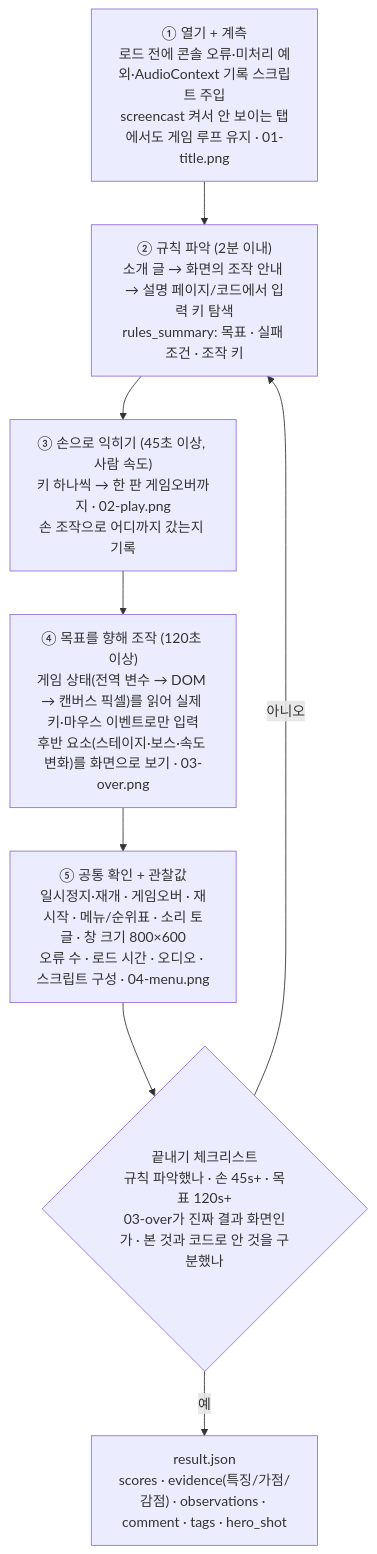
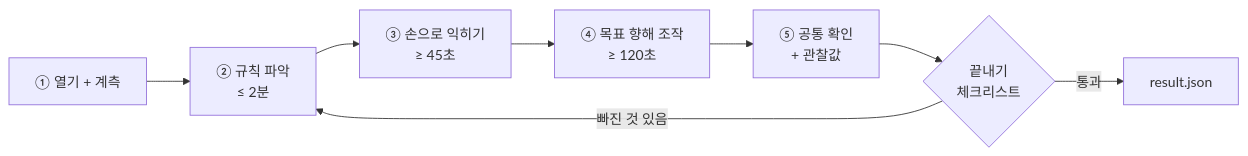
The third of 3 diagrams in 10_ai_judging_multiagent_site/README.md (Azmo-Shin/Public_Portfolio), drawn with Mermaid before and after one commit. The commit also changed other lines of this file, not shown here.

Commit message:
10 심사위원 플레이 절차: 세로로 길던 도식을 가로 흐름 + 단계별 표로 나눔

````diff
--- a/10_ai_judging_multiagent_site/README.md
+++ b/10_ai_judging_multiagent_site/README.md
@@ -96,10 +96,6 @@
 ```mermaid
-flowchart TD
-  A["① 열기 + 계측<br/>로드 전에 콘솔 오류·미처리 예외·AudioContext 기록 스크립트 주입<br/>screencast 켜서 안 보이는 탭에서도 게임 루프 유지 · 01-title.png"] --> B["② 규칙 파악 (2분 이내)<br/>소개 글 → 화면의 조작 안내 → 설명 페이지/코드에서 입력 키 탐색<br/>rules_summary: 목표 · 실패 조건 · 조작 키"]
-  B --> C["③ 손으로 익히기 (45초 이상, 사람 속도)<br/>키 하나씩 → 한 판 게임오버까지 · 02-play.png<br/>손 조작으로 어디까지 갔는지 기록"]
-  C --> D["④ 목표를 향해 조작 (120초 이상)<br/>게임 상태(전역 변수 → DOM → 캔버스 픽셀)를 읽어 실제 키·마우스 이벤트로만 입력<br/>후반 요소(스테이지·보스·속도 변화)를 화면으로 보기 · 03-over.png"]
-  D --> E["⑤ 공통 확인 + 관찰값<br/>일시정지·재개 · 게임오버 · 재시작 · 메뉴/순위표 · 소리 토글 · 창 크기 800×600<br/>오류 수 · 로드 시간 · 오디오 · 스크립트 구성 · 04-menu.png"]
-  E --> F{"끝내기 체크리스트<br/>규칙 파악했나 · 손 45s+ · 목표 120s+<br/>03-over가 진짜 결과 화면인가 · 본 것과 코드로 안 것을 구분했나"}
-  F -- 아니오 --> B
-  F -- 예 --> G["result.json<br/>scores · evidence(특징/가점/감점) · observations · comment · tags · hero_shot"]
+flowchart LR
+  A["① 열기 + 계측"] --> B["② 규칙 파악<br/>≤ 2분"] --> C["③ 손으로 익히기<br/>≥ 45초"] --> D["④ 목표 향해 조작<br/>≥ 120초"] --> E["⑤ 공통 확인<br/>+ 관찰값"] --> F{"끝내기<br/>체크리스트"}
+  F -- "빠진 것 있음" --> B
+  F -- "통과" --> G["result.json"]
 ```
````
